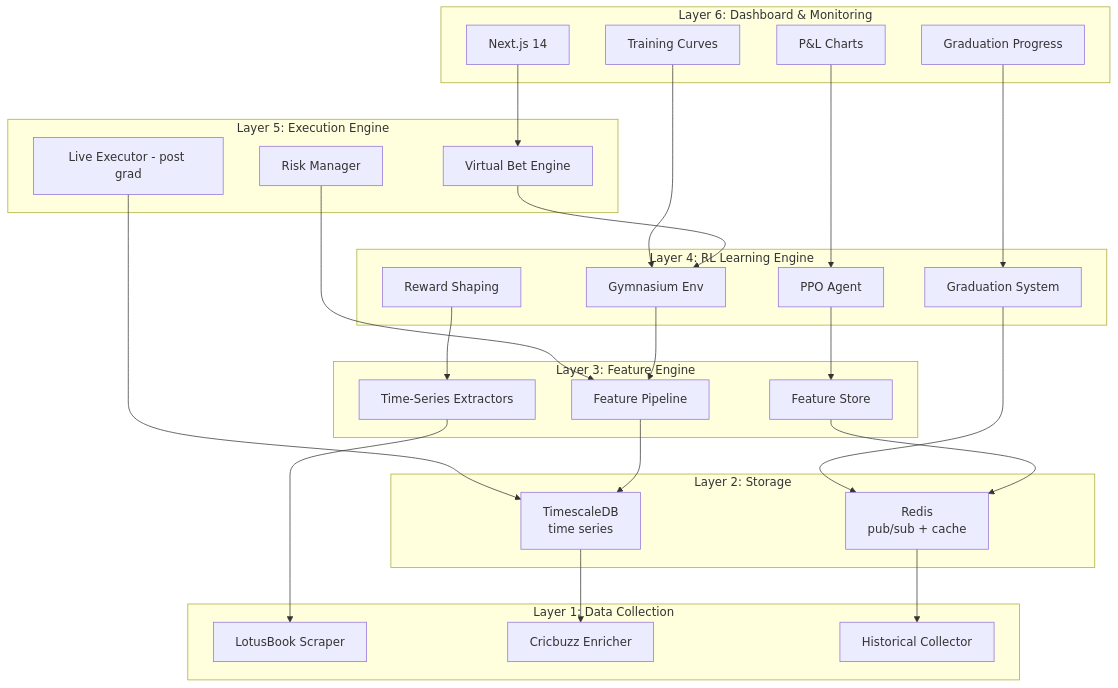
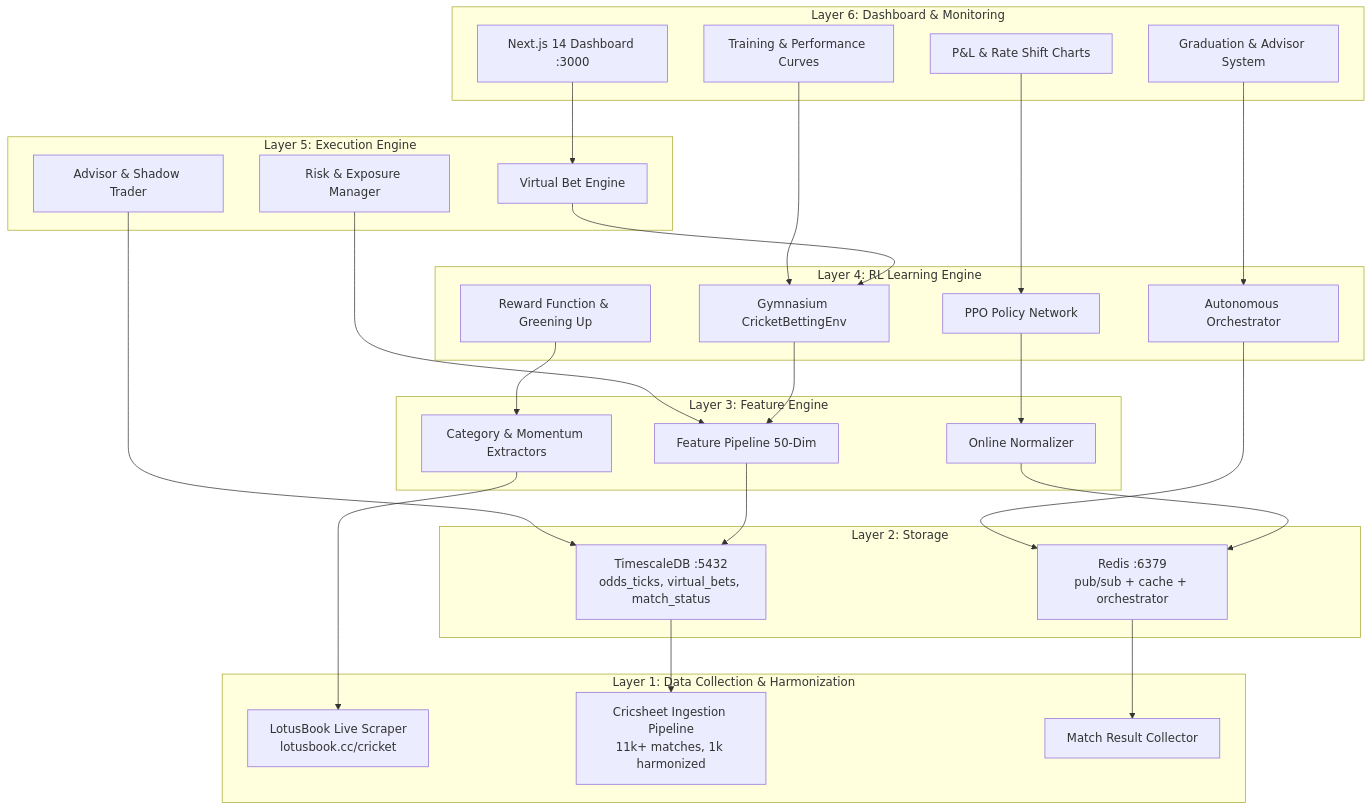
Before and after one commit to sohabena/prediction-claude: the diagram in docs/architecture/01-system-architecture.md, drawn with Mermaid. The commit also changed other lines of this file and 50 other files, not shown here.

Commit message:
feat(trading): audit and baseline active two-way rate trading pipeline with full docs and UI sync

````diff
--- a/docs/architecture/01-system-architecture.md
+++ b/docs/architecture/01-system-architecture.md
@@ -13,56 +13,56 @@
 ```mermaid
 graph TB
     subgraph "Layer 6: Dashboard & Monitoring"
-        A[Next.js 14]
-        B[Training Curves]
-        C[P&L Charts]
-        D[Graduation Progress]
+        A[Next.js 14 Dashboard :3000]
+        B[Training & Performance Curves]
+        C[P&L & Rate Shift Charts]
+        D[Graduation & Advisor System]
     end
     
     subgraph "Layer 5: Execution Engine"
         E[Virtual Bet Engine]
-        F[Risk Manager]
-        G[Live Executor - post grad]
+        F[Risk & Exposure Manager]
+        G[Advisor & Shadow Trader]
     end
     
     subgraph "Layer 4: RL Learning Engine"
-        H[Gymnasium Env]
-        I[PPO Agent]
-        J[Reward Shaping]
-        K[Graduation System]
+        H[Gymnasium CricketBettingEnv]
+        I[PPO Policy Network]
+        J[Reward Function & Greening Up]
+        K[Autonomous Orchestrator]
     end
     
     subgraph "Layer 3: Feature Engine"
-        L[Feature Pipeline]
-        M[Feature Store]
-        N[Time-Series Extractors]
+        L[Feature Pipeline 50-Dim]
+        M[Online Normalizer]
+        N[Category & Momentum Extractors]
     end
     
     subgraph "Layer 2: Storage"
-        O[TimescaleDB<br/>time series]
-        P[Redis<br/>pub/sub + cache]
+        O[TimescaleDB :5432<br/>odds_ticks, virtual_bets, match_status]
+        P[Redis :6379<br/>pub/sub + cache + orchestrator]
     end
     
-    subgraph "Layer 1: Data Collection"
-        Q[LotusBook Scraper]
-        R[Cricbuzz Enricher]
-        S[Historical Collector]
+    subgraph "Layer 1: Data Collection & Harmonization"
+        Q[LotusBook Live Scraper<br/>lotusbook.cc/cricket]
+        R[Cricsheet Ingestion Pipeline<br/>11k+ matches, 1k harmonized]
+        S[Match Result Collector]
     end
     
     A --> E
     B --> H
     C --> I
     D --> K
     E --> H
     F --> L
     G --> O
     H --> L
     I --> M
     J --> N
     K --> P
     L --> O
     M --> P
     N --> Q
     O --> R
     P --> S
 ```
````
